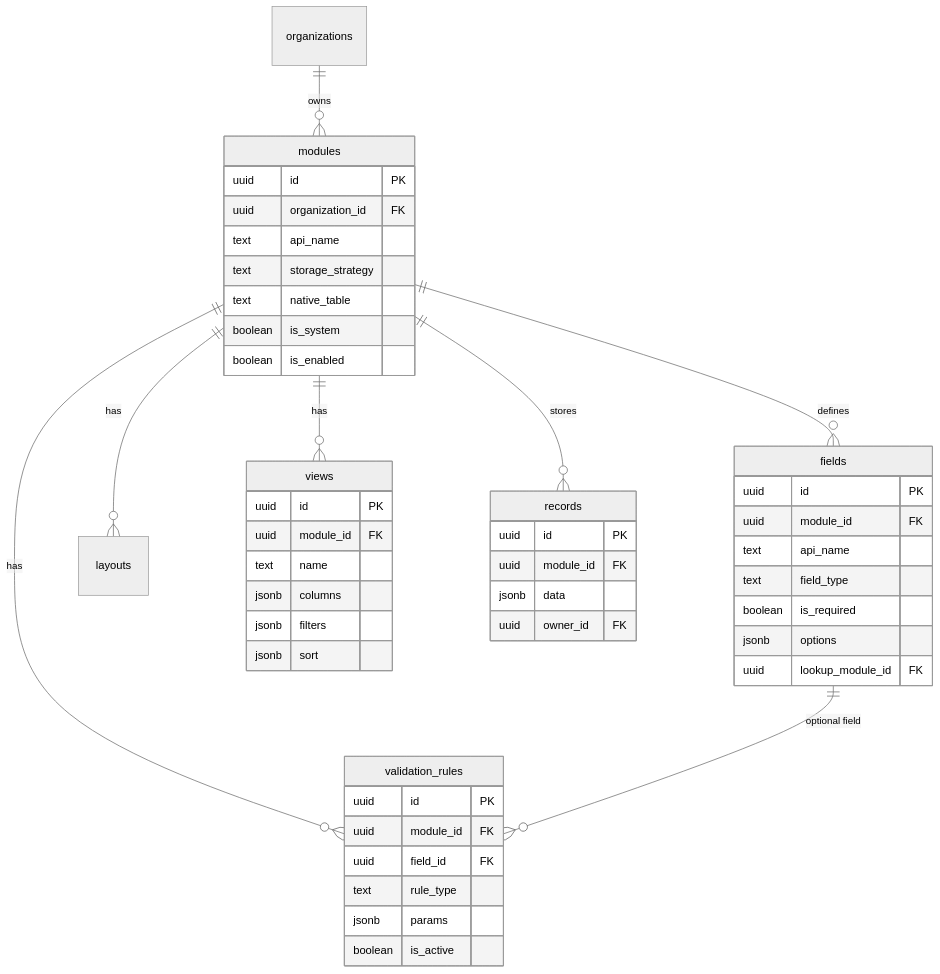
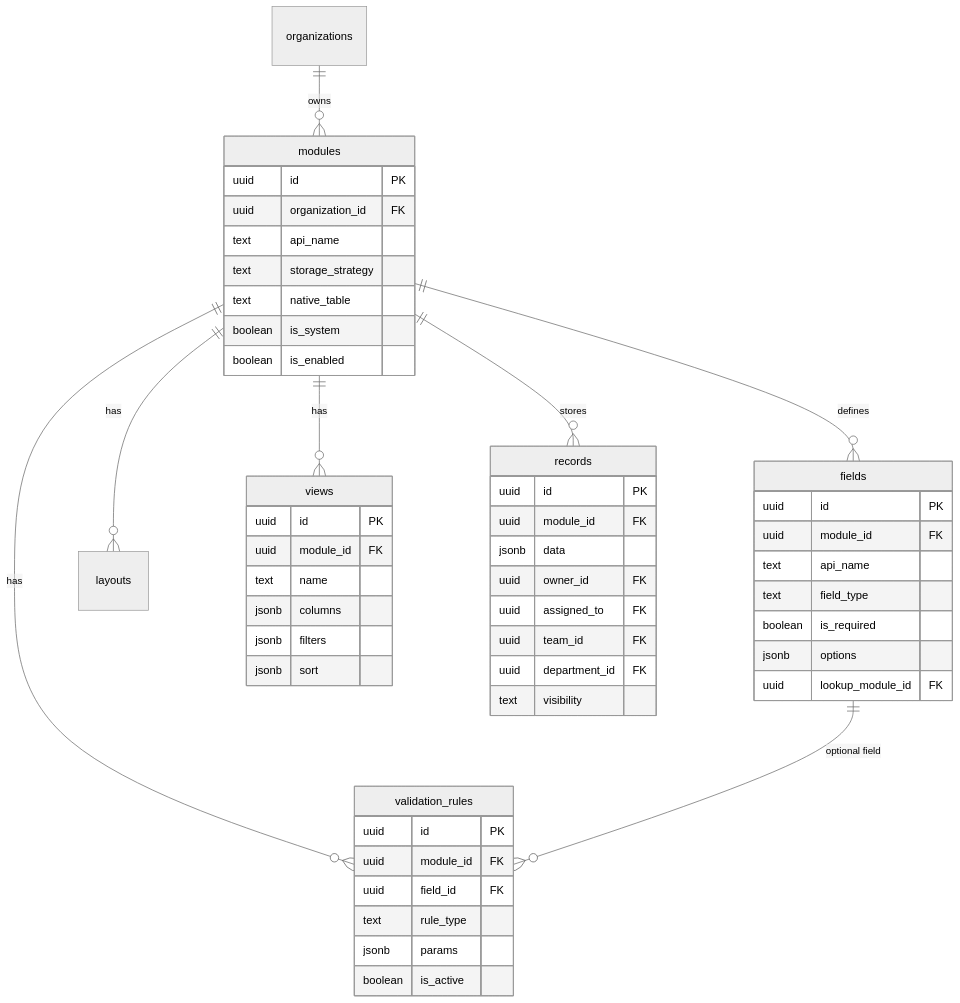
One commit to abhinavkumar03/crm-lite changed the fourth of 6 diagrams in docs/erd.md. Above: the diagram before and after it, drawn with Mermaid (neutral theme). The commit also changed other lines of this file and 109 other files, not shown here.

````diff
--- a/docs/erd.md
+++ b/docs/erd.md
@@ -134,51 +180,55 @@
 ```mermaid
 erDiagram
   organizations ||--o{ modules : owns
   modules ||--o{ fields : defines
   modules ||--o{ layouts : has
   modules ||--o{ views : has
   modules ||--o{ validation_rules : has
   modules ||--o{ records : stores
   fields ||--o{ validation_rules : "optional field"
 
   modules {
     uuid id PK
     uuid organization_id FK
     text api_name
     text storage_strategy
     text native_table
     boolean is_system
     boolean is_enabled
   }
   fields {
     uuid id PK
     uuid module_id FK
     text api_name
     text field_type
     boolean is_required
     jsonb options
     uuid lookup_module_id FK
   }
   validation_rules {
     uuid id PK
     uuid module_id FK
     uuid field_id FK
     text rule_type
     jsonb params
     boolean is_active
   }
   views {
     uuid id PK
     uuid module_id FK
     text name
     jsonb columns
     jsonb filters
     jsonb sort
   }
   records {
     uuid id PK
     uuid module_id FK
     jsonb data
     uuid owner_id FK
+    uuid assigned_to FK
+    uuid team_id FK
+    uuid department_id FK
+    text visibility
   }
 ```
````
